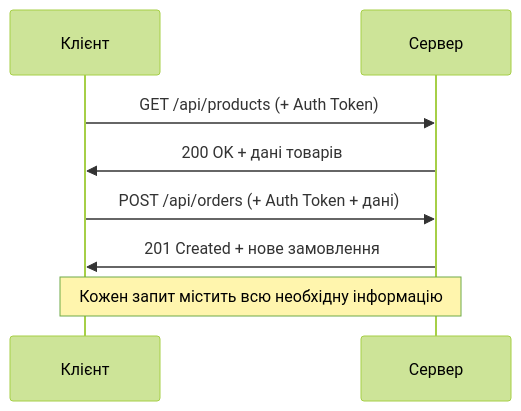
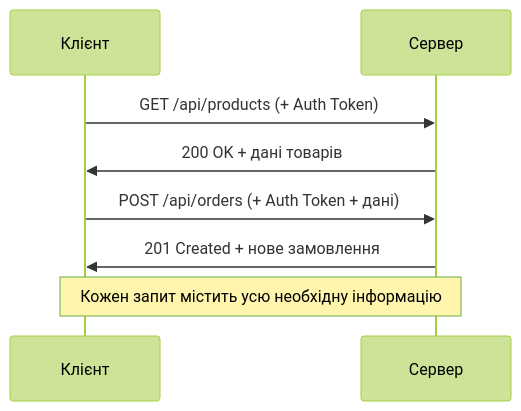
The first of 4 diagrams in lectures/lecture-11.md (olroi421/course-opi-v2), drawn with Mermaid (forest theme) before and after one commit. The commit also changed other lines of this file and 10 other files, not shown here.

````diff
--- a/lectures/lecture-11.md
+++ b/lectures/lecture-11.md
@@ -25,13 +62,13 @@
 ```mermaid
 sequenceDiagram
     participant C as Клієнт
     participant S as Сервер
 
     C->>S: GET /api/products (+ Auth Token)
     S->>C: 200 OK + дані товарів
 
     C->>S: POST /api/orders (+ Auth Token + дані)
     S->>C: 201 Created + нове замовлення
 
-    Note over C,S: Кожен запит містить всю необхідну інформацію
+    Note over C,S: Кожен запит містить усю необхідну інформацію
 ```
````
